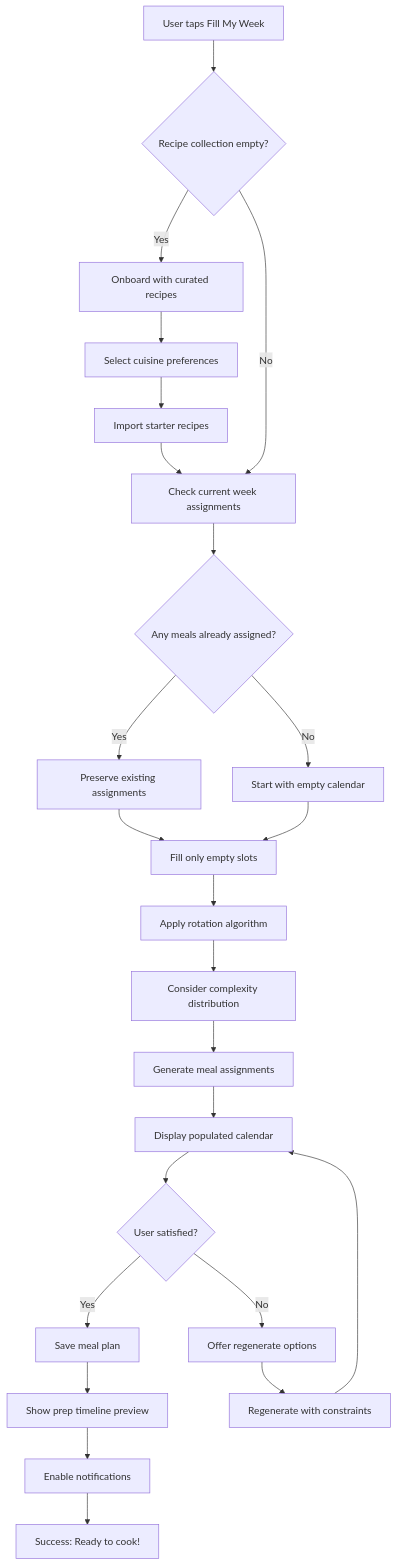
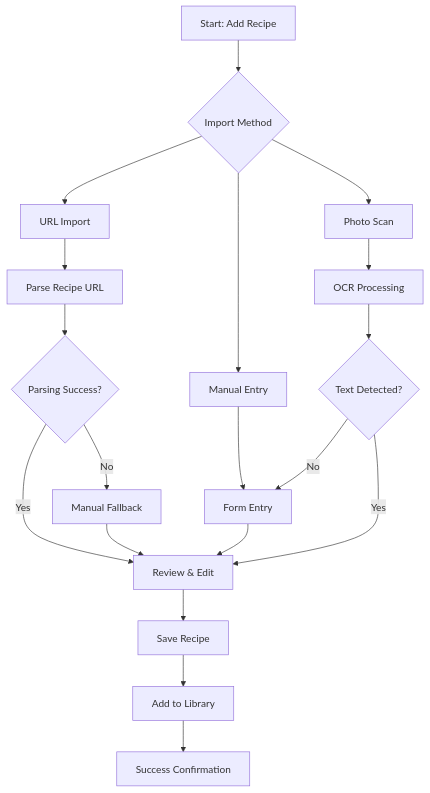
The first of 3 diagrams in docs/frontend/user-flows.md (timayz/imkitchen), drawn with Mermaid before and after one commit. The commit also changed other lines of this file and 149 other files, not shown here.

````diff
--- a/docs/frontend/user-flows.md
+++ b/docs/frontend/user-flows.md
@@ -16,29 +13,25 @@
 ```mermaid
 graph TD
-    A[User taps Fill My Week] --> B{Recipe collection empty?}
-    B -->|Yes| C[Onboard with curated recipes]
-    B -->|No| D[Check current week assignments]
+    A[Start: Add Recipe] --> B{Import Method}
+    B --> C[URL Import]
+    B --> D[Manual Entry]
+    B --> E[Photo Scan]
     
-    C --> C1[Select cuisine preferences]
-    C1 --> C2[Import starter recipes]
-    C2 --> D
+    C --> C1[Parse Recipe URL]
+    C1 --> C2{Parsing Success?}
+    C2 -->|Yes| F[Review & Edit]
+    C2 -->|No| C3[Manual Fallback]
+    C3 --> F
     
-    D --> E{Any meals already assigned?}
-    E -->|Yes| F[Preserve existing assignments]
-    E -->|No| G[Start with empty calendar]
+    D --> D1[Form Entry]
+    D1 --> F
     
-    F --> H[Fill only empty slots]
-    G --> H
-    H --> I[Apply rotation algorithm]
-    I --> J[Consider complexity distribution]
-    J --> K[Generate meal assignments]
-    K --> L[Display populated calendar]
-    L --> M{User satisfied?}
-    M -->|Yes| N[Save meal plan]
-    M -->|No| O[Offer regenerate options]
-    O --> P[Regenerate with constraints]
-    P --> L
-    N --> Q[Show prep timeline preview]
-    Q --> R[Enable notifications]
-    R --> S[Success: Ready to cook!]
+    E --> E1[OCR Processing]
+    E1 --> E2{Text Detected?}
+    E2 -->|Yes| F
+    E2 -->|No| D1
+    
+    F --> G[Save Recipe]
+    G --> H[Add to Library]
+    H --> I[Success Confirmation]
 ```
````
